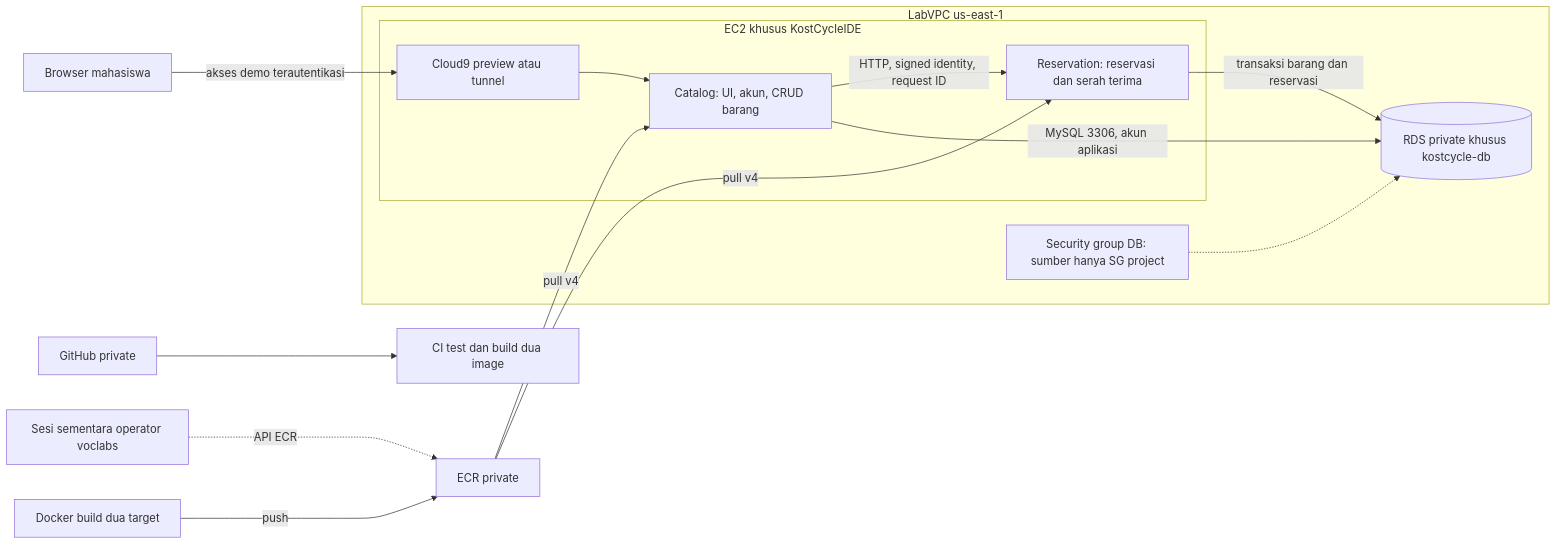
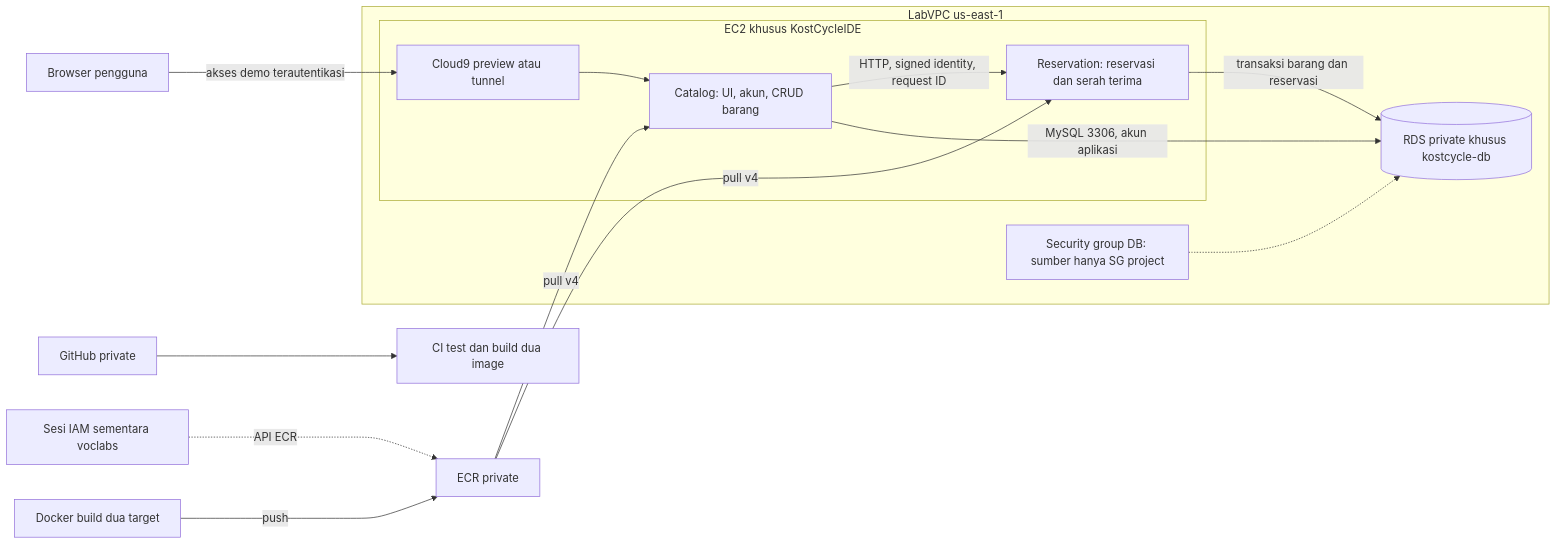
Before and after one commit to StellaFD/kostcycle: the diagram in README.md, drawn with Mermaid. The commit also changed other lines of this file, not shown here.

````diff
--- a/README.md
+++ b/README.md
@@ -174,18 +174,18 @@
 ```mermaid
 flowchart LR
-  Browser[Browser mahasiswa] -->|akses demo terautentikasi| Preview[Cloud9 preview atau tunnel]
+  Browser[Browser pengguna] -->|akses demo terautentikasi| Preview[Cloud9 preview atau tunnel]
   Git[GitHub private] --> CI[CI test dan build dua image]
-  Operator[Sesi sementara operator voclabs] -.->|API ECR| ECR[ECR private]
+  IAMSession[Sesi IAM sementara voclabs] -.->|API ECR| ECR[ECR private]
   Build[Docker build dua target] -->|push| ECR
   ECR -->|pull v4| Catalog
   ECR -->|pull v4| Reservation
   subgraph VPC[LabVPC us-east-1]
     subgraph Server[EC2 khusus KostCycleIDE]
       Preview --> Catalog[Catalog: UI, akun, CRUD barang]
       Catalog -->|HTTP, signed identity, request ID| Reservation[Reservation: reservasi dan serah terima]
     end
     Catalog -->|MySQL 3306, akun aplikasi| RDS[(RDS private khusus kostcycle-db)]
     Reservation -->|transaksi barang dan reservasi| RDS
     DBSG[Security group DB: sumber hanya SG project] -.-> RDS
   end
 ```
````
